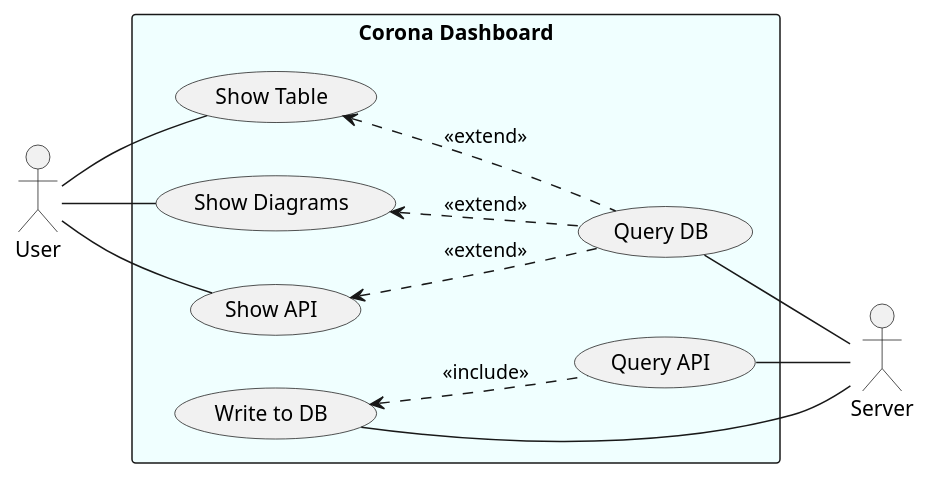
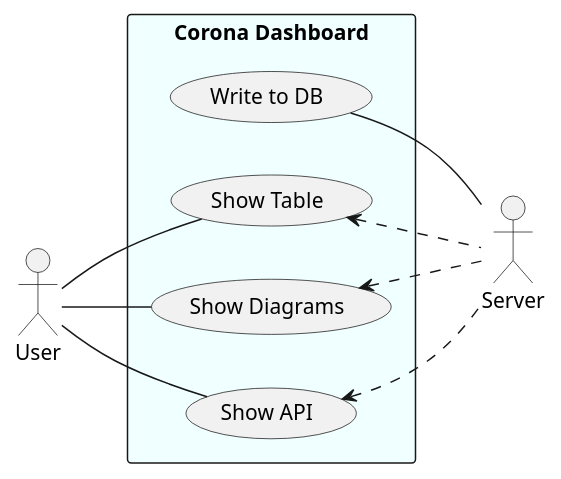
One commit to FelixGeisler/CoronaDashboard changed the first of 2 diagrams in docs/uml.md. Above: the diagram before and after it, drawn with PlantUML. The commit also changed other lines of this file and 2 other files, not shown here.

````diff
--- a/docs/uml.md
+++ b/docs/uml.md
@@ -4,21 +4,19 @@
 ```plantuml
 left to right direction
 skinparam packagestyle rectangle
 Server as S
 actor User as U
 
 rectangle "Corona Dashboard" #azure {
     S -- (Write to DB)
-    (Write to DB) <.. (Query API): <<include>>
-    (Query API) -- S
     
     U -- (Show Table)
-    (Show Table) <.. (Query DB): <<extend>>
+    (Show Table) <.. S
+    
     U -- (Show Diagrams)
-    
-    (Show Diagrams) <.. (Query DB): <<extend>>
-    (Query DB) -- S
+    (Show Diagrams) <.. S
+
     U -- (Show API)
-    (Show API) <.. (Query DB): <<extend>>
+    (Show API) <.. S
 }
 ```
````
